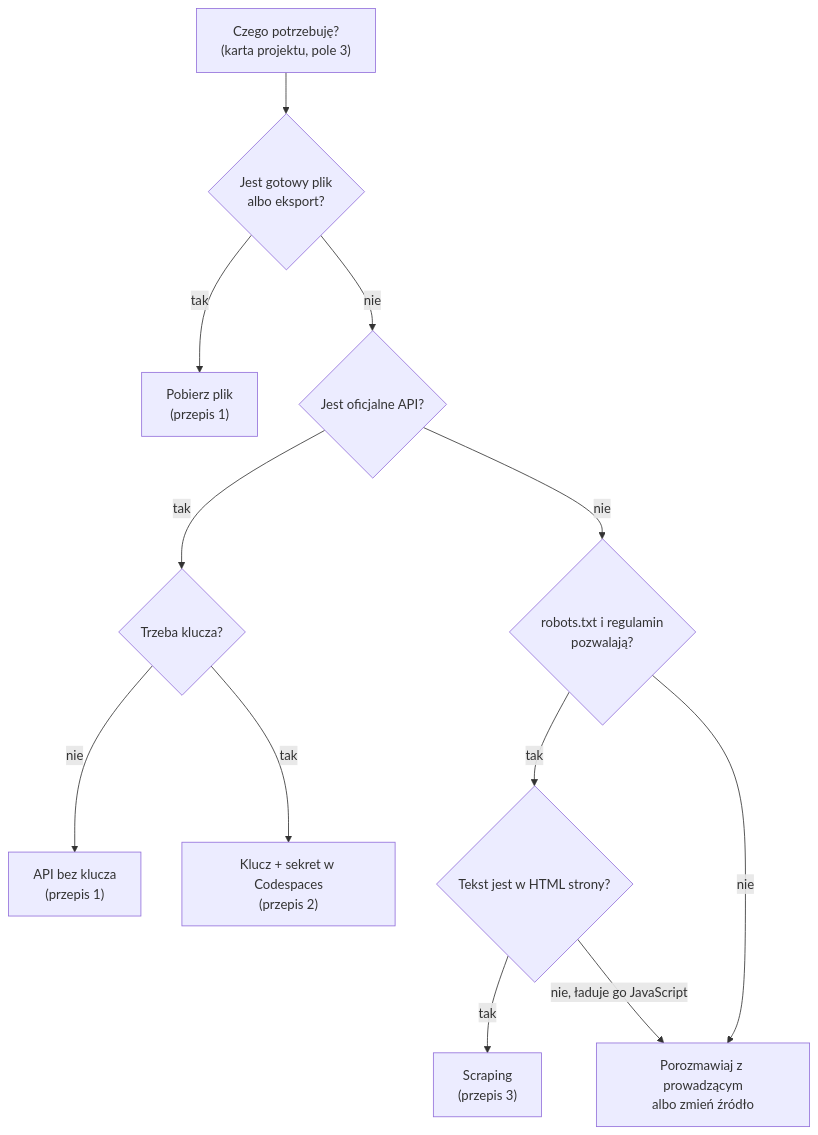
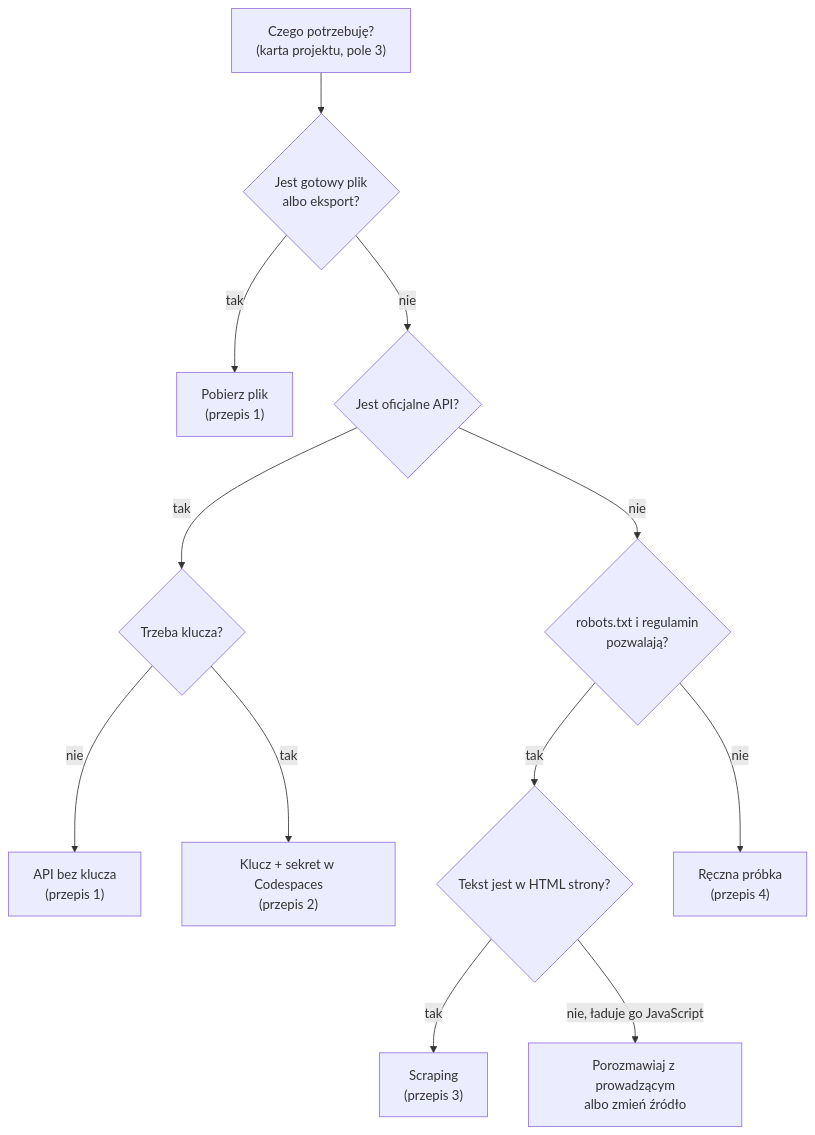
One commit to alblesniak/szablon-projektu changed the diagram in docs/przepisy/README.md. Above: the diagram before and after it, drawn with Mermaid. The commit also changed other lines of this file and 48 other files, not shown here.

First line of the commit message:
Przepisy jako tutoriale: zrzuty, scraper krok po kroku, ręczna próbka

````diff
--- a/docs/przepisy/README.md
+++ b/docs/przepisy/README.md
@@ -15,14 +26,14 @@
 ```mermaid
 flowchart TD
     A["Czego potrzebuję?<br/>(karta projektu, pole 3)"] --> B{"Jest gotowy plik<br/>albo eksport?"}
     B -- tak --> P["Pobierz plik<br/>(przepis 1)"]
     B -- nie --> C{"Jest oficjalne API?"}
     C -- tak --> D{"Trzeba klucza?"}
     D -- nie --> E["API bez klucza<br/>(przepis 1)"]
     D -- tak --> F["Klucz + sekret w Codespaces<br/>(przepis 2)"]
     C -- nie --> G{"robots.txt i regulamin<br/>pozwalają?"}
     G -- tak --> H{"Tekst jest w HTML strony?"}
     H -- tak --> I["Scraping<br/>(przepis 3)"]
     H -- "nie, ładuje go JavaScript" --> J["Porozmawiaj z prowadzącym<br/>albo zmień źródło"]
-    G -- nie --> J
+    G -- nie --> K["Ręczna próbka<br/>(przepis 4)"]
 ```
````
